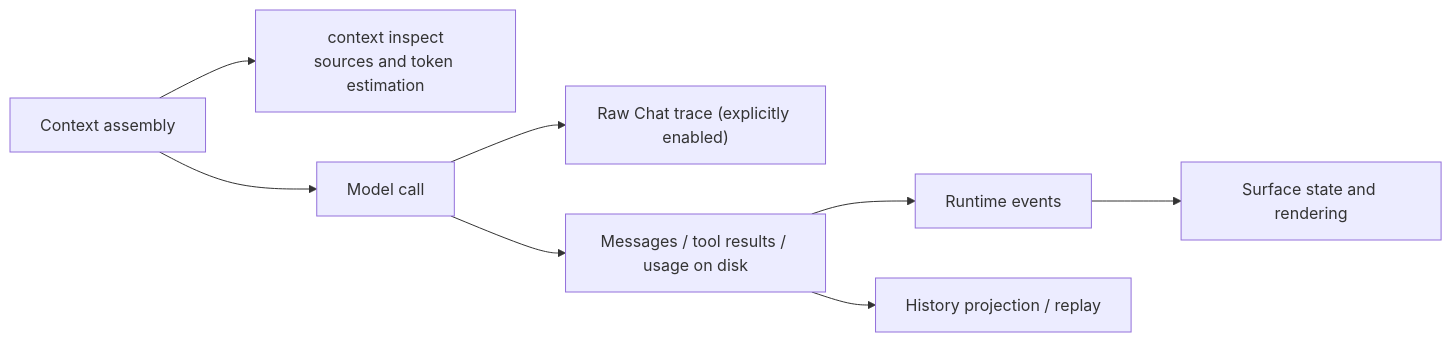
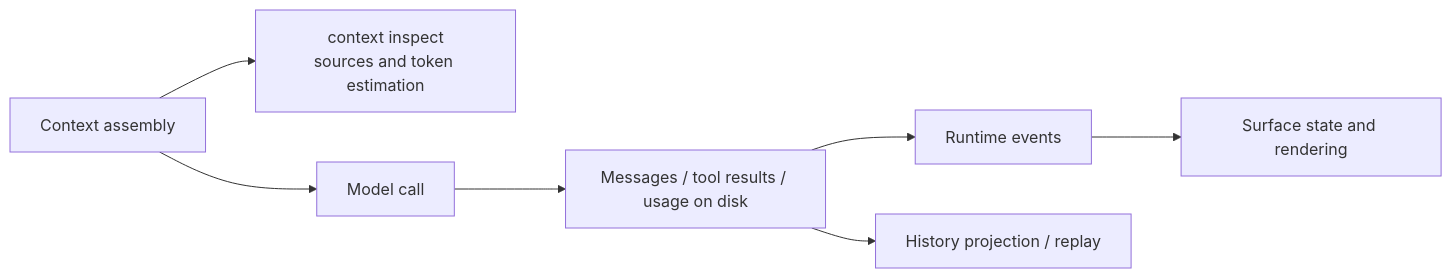
One commit to Azzurroooo/rind changed the diagram in docs/internals/08-engineering/observability.md. Above: the diagram before and after it, drawn with Mermaid. The commit also changed other lines of this file and 23 other files, not shown here.

```diff
--- a/docs/internals/08-engineering/observability.md
+++ b/docs/internals/08-engineering/observability.md
@@ -7,10 +7,9 @@
 ~~~mermaid
 flowchart LR
     C["Context assembly"] --> I["context inspect<br/>sources and token estimation"]
     C --> M["Model call"]
-    M --> L["Raw Chat trace (explicitly enabled)"]
     M --> P["Messages / tool results / usage on disk"]
     P --> E["Runtime events"]
     E --> S["Surface state and rendering"]
     P --> R["History projection / replay"]
 ~~~
```
